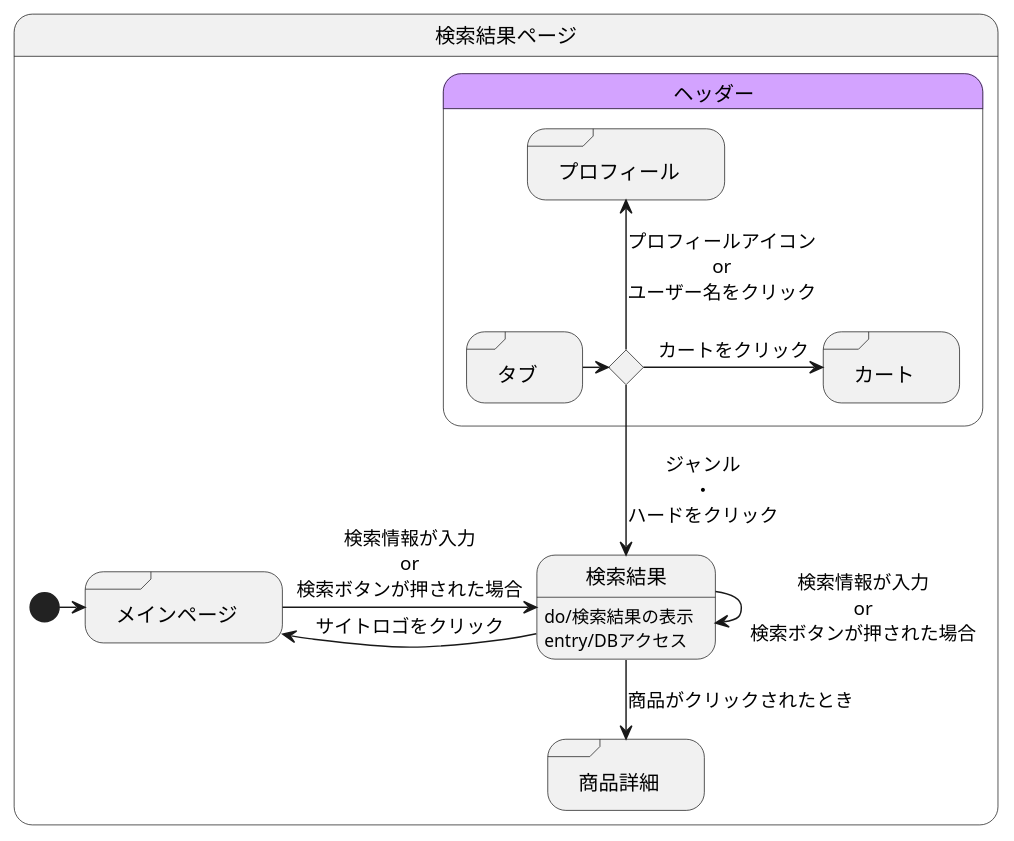
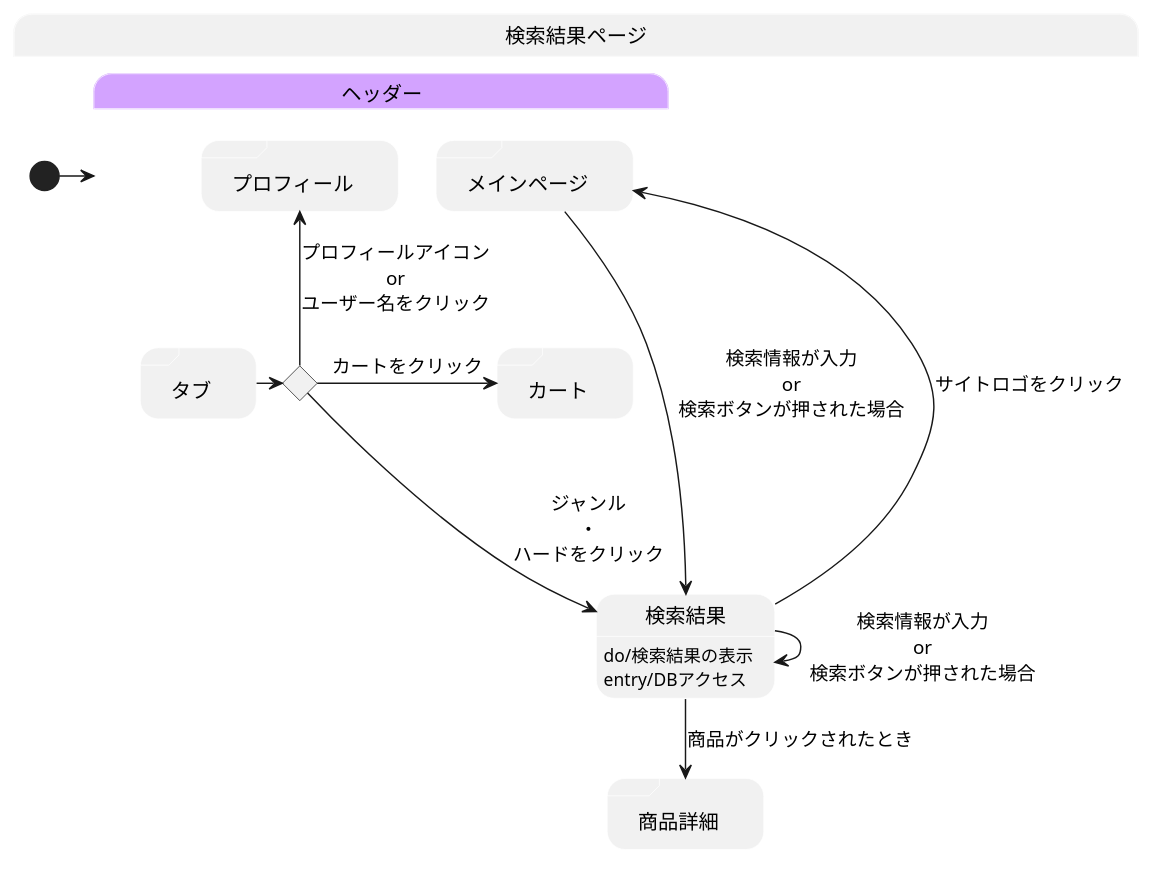
The diagram in 検索結果.md (akutori/T-D-E), drawn with PlantUML before and after one commit.

Commit message:
メインページをヘッダーに移動

````diff
--- a/検索結果.md
+++ b/検索結果.md
@@ -1,36 +1,40 @@
 ```uml
 @startuml
 state 検索結果ページ{
 
 
     state 検索結果:do/検索結果の表示
     state 検索結果:entry/DBアクセス
     state "商品詳細" as goodsdetail <<sdlreceive>>
-    state "メインページ" as mainpage <<sdlreceive>>
+    
 
 
-    [*] -> mainpage
-    mainpage -> 検索結果 :検索情報が入力\nor\n検索ボタンが押された場合
+    [*] -> ヘッダー
+    
     検索結果 --> goodsdetail :商品がクリックされたとき
     検索結果 --> 検索結果 :検索情報が入力\nor\n検索ボタンが押された場合
-    検索結果 -left-> mainpage :サイトロゴをクリック
+    
 
     state ヘッダー<<headder>>{
         state ifinput <<choice>>
         state "タブ" as tab <<sdlreceive>>
         state "カート" as cart <<sdlreceive>>
         state "プロフィール" as profile <<sdlreceive>>
+        state "メインページ" as mainpage <<sdlreceive>>
 
         tab -> ifinput 
         ifinput --> 検索結果 :ジャンル\n・\nハードをクリック
         ifinput -> cart :カートをクリック
         ifinput -up-> profile :プロフィールアイコン\nor\nユーザー名をクリック
+
+        mainpage -> 検索結果 :検索情報が入力\nor\n検索ボタンが押された場合
+        検索結果 -left-> mainpage :サイトロゴをクリック
     }
 
-    skinparam stateBoderColor <<headder>> #d3a3ff
+    skinparam stateBorderColor <<headder>> #d3a3ff
     state ヘッダー #d3a3ff
 
 }
 
 @enduml
 ```
````
